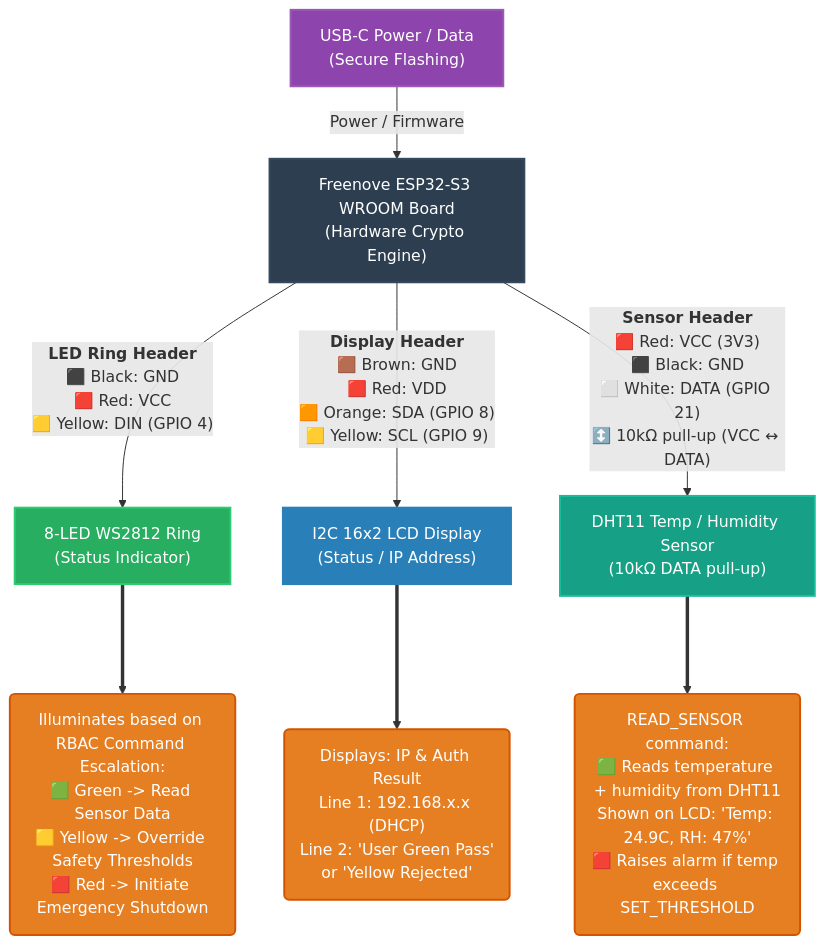
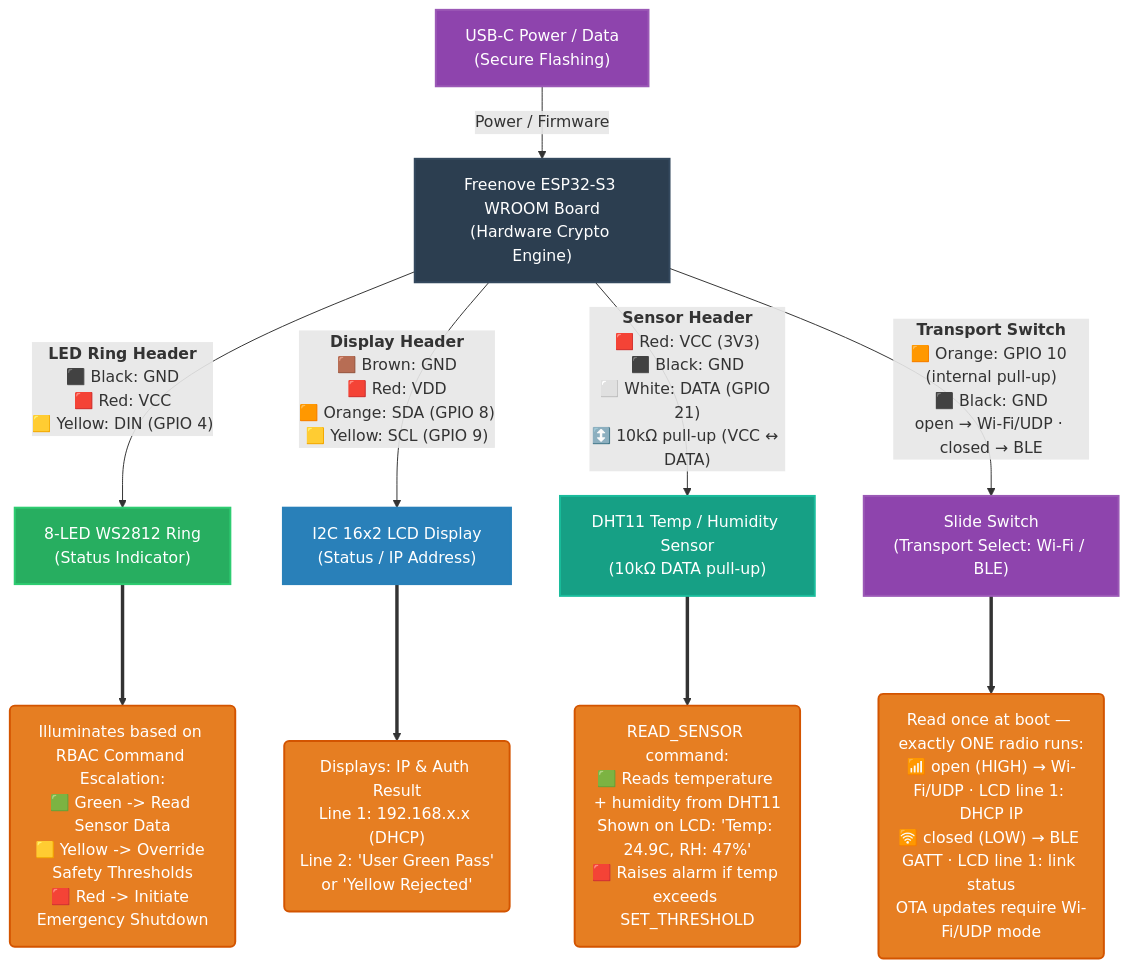
One commit to b-straub/CriticalInfrastructure changed the diagram in README.md. Above: the diagram before and after it, drawn with Mermaid. The commit also changed other lines of this file and 3 other files, not shown here.

First line of the commit message:
docs(readme): wire the GPIO10 transport switch into the schematic + mode photos

````diff
--- a/README.md
+++ b/README.md
@@ -28,38 +28,44 @@
 ```mermaid
 graph TD
     %% Define styles
     classDef esp fill:#2c3e50,stroke:#34495e,stroke-width:2px,color:#fff;
     classDef display fill:#2980b9,stroke:#2980b9,stroke-width:2px,color:#fff;
     classDef leds fill:#27ae60,stroke:#2ecc71,stroke-width:2px,color:#fff;
     classDef usb fill:#8e44ad,stroke:#9b59b6,stroke-width:2px,color:#fff;
     classDef action fill:#e67e22,stroke:#d35400,stroke-width:2px,color:#fff;
     classDef sensor fill:#16a085,stroke:#1abc9c,stroke-width:2px,color:#fff;
 
     %% Components
     ESP["Freenove ESP32-S3 WROOM Board<br>(Hardware Crypto Engine)"]:::esp
     Ring["8-LED WS2812 Ring<br>(Status Indicator)"]:::leds
     LCD["I2C 16x2 LCD Display<br>(Status / IP Address)"]:::display
     DHT11["DHT11 Temp / Humidity Sensor<br>(10kΩ DATA pull-up)"]:::sensor
     USB["USB-C Power / Data<br>(Secure Flashing)"]:::usb
+    Switch["Slide Switch<br>(Transport Select: Wi-Fi / BLE)"]:::usb
 
     %% Connections
     USB -->|"Power / Firmware"| ESP
     
     %% LED Ring Connection Bundle
     ESP -->|"<b>LED Ring Header</b><br>⬛ Black: GND<br>🟥 Red: VCC<br>🟨 Yellow: DIN (GPIO 4)"| Ring
     
     %% Display Connection Bundle
     ESP -->|"<b>Display Header</b><br>🟫 Brown: GND<br>🟥 Red: VDD<br>🟧 Orange: SDA (GPIO 8)<br>🟨 Yellow: SCL (GPIO 9)"| LCD
 
     %% DHT11 Sensor Connection Bundle
     ESP -->|"<b>Sensor Header</b><br>🟥 Red: VCC (3V3)<br>⬛ Black: GND<br>⬜ White: DATA (GPIO 21)<br>↕️ 10kΩ pull-up (VCC ↔ DATA)"| DHT11
+
+    %% Transport Select Switch (read once at boot; internal pull-up, active-low)
+    ESP -->|"<b>Transport Switch</b><br>🟧 Orange: GPIO 10 (internal pull-up)<br>⬛ Black: GND<br>open → Wi-Fi/UDP · closed → BLE"| Switch
     
     %% Action Blocks (Styled instead of grey self-loops)
     RingAction("Illuminates based on RBAC Command Escalation:<br>🟩 Green -> Read Sensor Data<br>🟨 Yellow -> Override Safety Thresholds<br>🟥 Red -> Initiate Emergency Shutdown"):::action
     LCDAction("Displays: IP & Auth Result<br>Line 1: 192.168.x.x (DHCP)<br>Line 2: 'User Green Pass'<br>or 'Yellow Rejected'"):::action
     SensorAction("READ_SENSOR command:<br>🟩 Reads temperature + humidity from DHT11<br>Shown on LCD: 'Temp: 24.9C, RH: 47%'<br>🟥 Raises alarm if temp exceeds SET_THRESHOLD"):::action
+    SwitchAction("Read once at boot — exactly ONE radio runs:<br>📶 open (HIGH) → Wi-Fi/UDP · LCD line 1: DHCP IP<br>🛜 closed (LOW) → BLE GATT · LCD line 1: link status<br>OTA updates require Wi-Fi/UDP mode"):::action
     
     Ring ===> RingAction
     LCD ===> LCDAction
     DHT11 ===> SensorAction
+    Switch ===> SwitchAction
 ```
````
